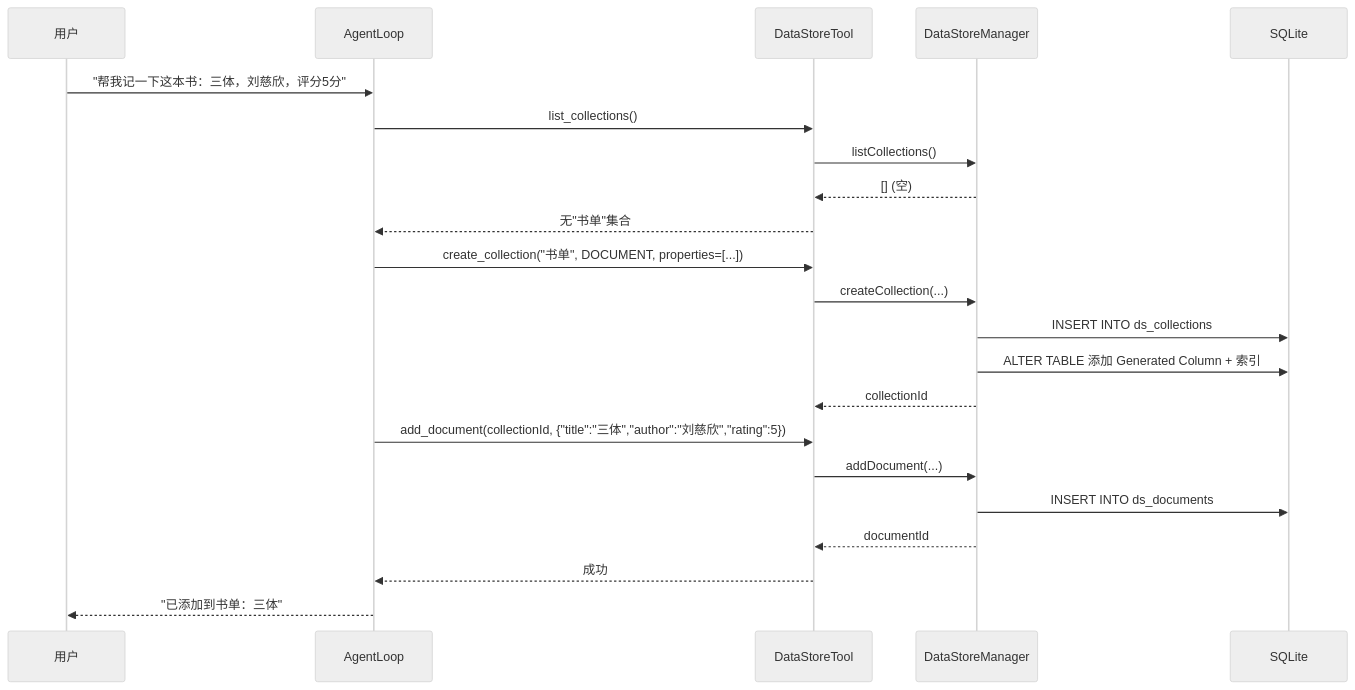
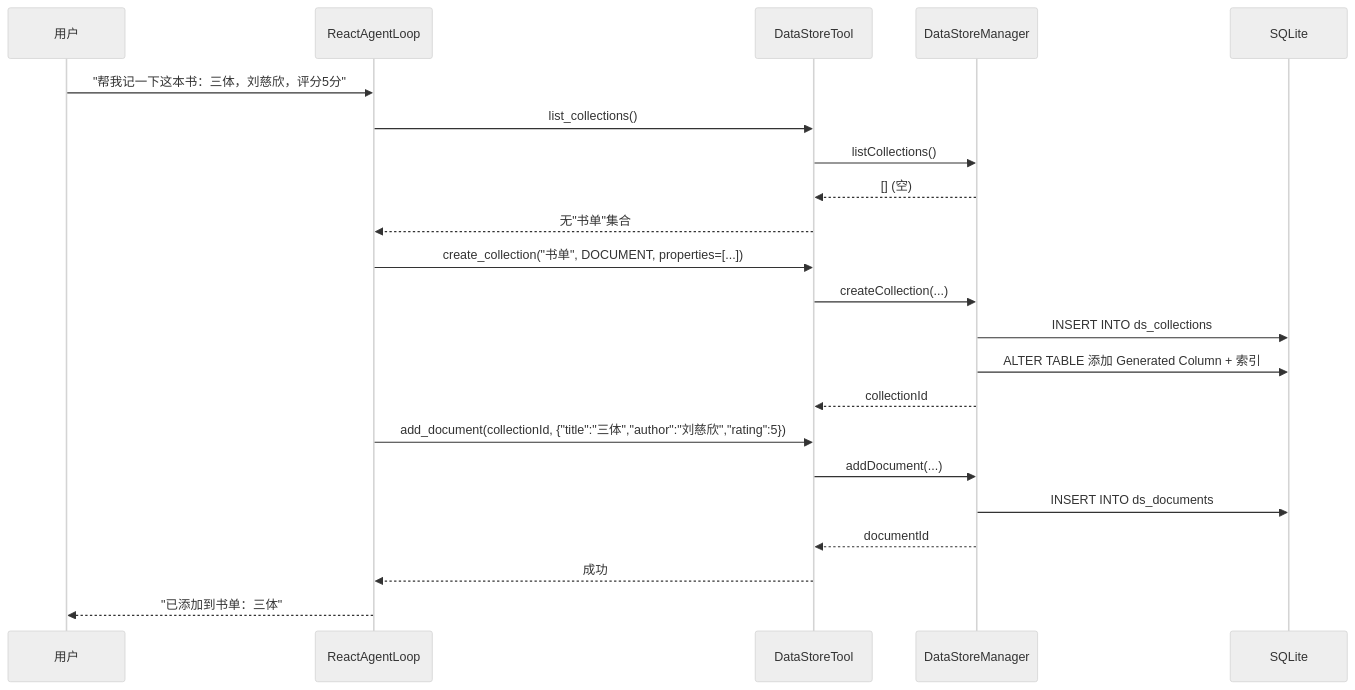
Before and after one commit to ntygod/LifePilot: the second of 3 diagrams in docs/architecture/generic-data-store.md, drawn with Mermaid (neutral theme). The commit also changed other lines of this file and 14 other files, not shown here.

````diff
--- a/docs/architecture/generic-data-store.md
+++ b/docs/architecture/generic-data-store.md
@@ -328,27 +328,27 @@
 ```mermaid
 sequenceDiagram
     participant U as 用户
-    participant AL as AgentLoop
+    participant AL as ReactAgentLoop
     participant DST as DataStoreTool
     participant DSM as DataStoreManager
     participant DB as SQLite
 
     U->>AL: "帮我记一下这本书：三体，刘慈欣，评分5分"
     AL->>DST: list_collections()
     DST->>DSM: listCollections()
     DSM-->>DST: [] (空)
     DST-->>AL: 无"书单"集合
 
     AL->>DST: create_collection("书单", DOCUMENT, properties=[...])
     DST->>DSM: createCollection(...)
     DSM->>DB: INSERT INTO ds_collections
     DSM->>DB: ALTER TABLE 添加 Generated Column + 索引
     DSM-->>DST: collectionId
 
     AL->>DST: add_document(collectionId, {"title":"三体","author":"刘慈欣","rating":5})
     DST->>DSM: addDocument(...)
     DSM->>DB: INSERT INTO ds_documents
     DSM-->>DST: documentId
     DST-->>AL: 成功
     AL-->>U: "已添加到书单：三体"
 ```
````
